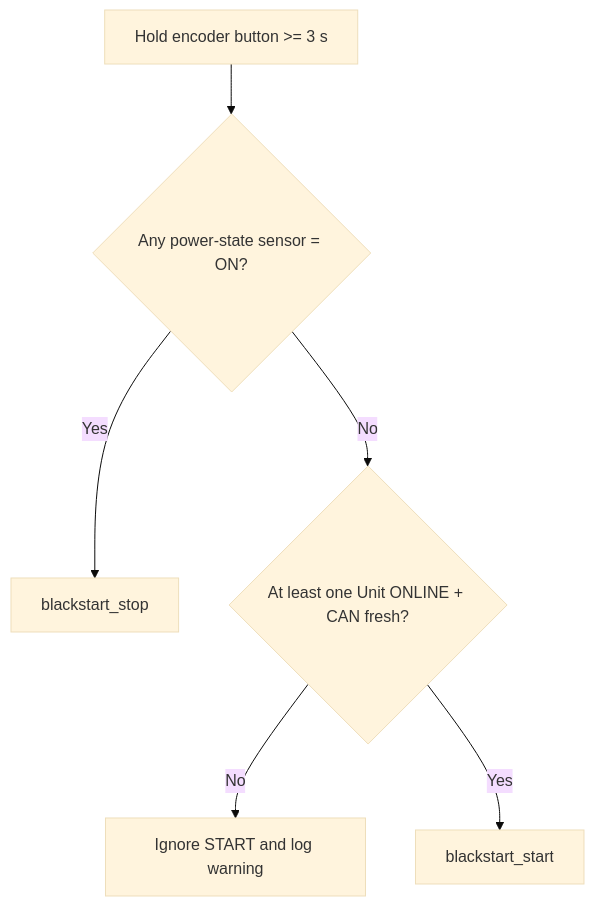
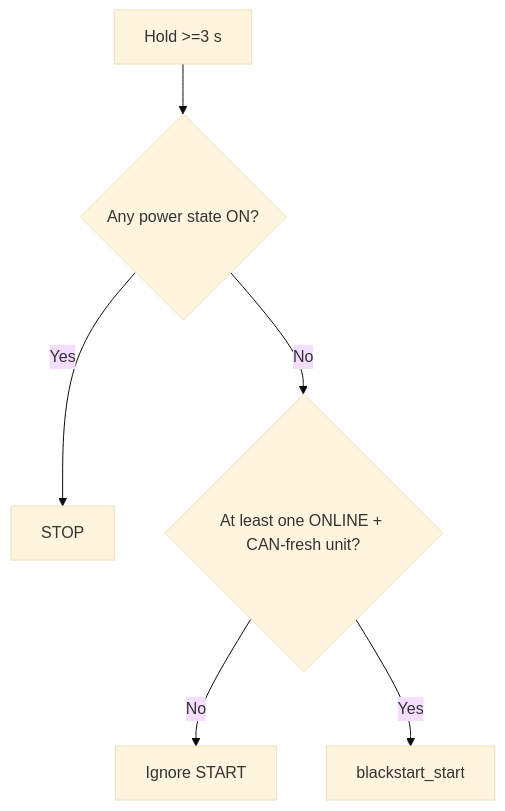
Before and after one commit to anwa/esphome-r4875g1-3phase-charger: diagram 15 of 20 in R4875G1_CONTROL_FLOWS.md, drawn with Mermaid (base theme). The commit also changed other lines of this file, not shown here.

````diff
--- a/R4875G1_CONTROL_FLOWS.md
+++ b/R4875G1_CONTROL_FLOWS.md
@@ -606,8 +491,8 @@
 ```mermaid
 flowchart TD
-    A[Hold encoder button >= 3 s] --> B{Any power-state sensor = ON?}
-    B -- Yes --> C[blackstart_stop]
-    B -- No --> D{At least one Unit ONLINE + CAN fresh?}
-    D -- No --> E[Ignore START and log warning]
+    A[Hold >=3 s] --> B{Any power state ON?}
+    B -- Yes --> C[STOP]
+    B -- No --> D{At least one ONLINE + CAN-fresh unit?}
+    D -- No --> E[Ignore START]
     D -- Yes --> F[blackstart_start]
 ```
````
